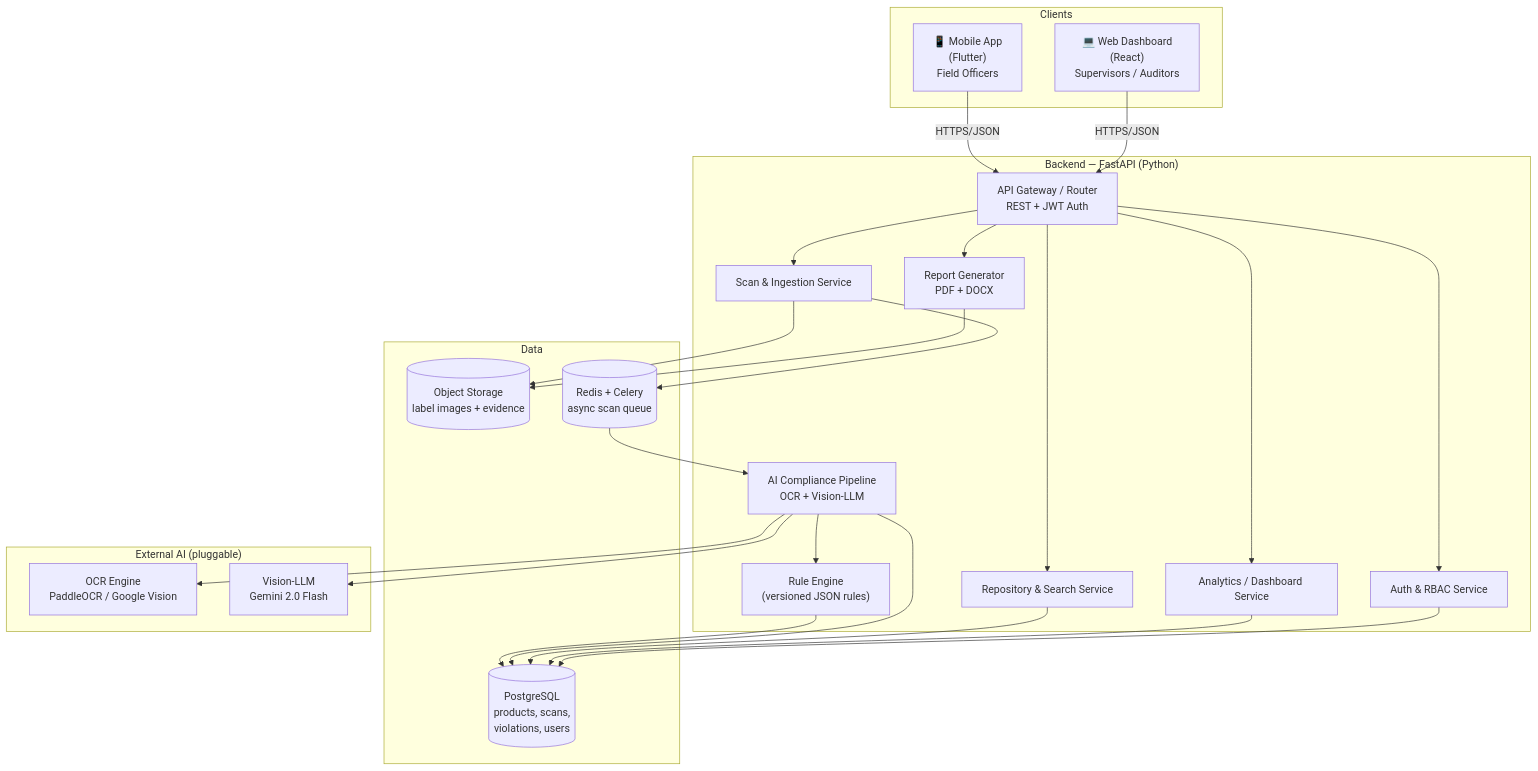
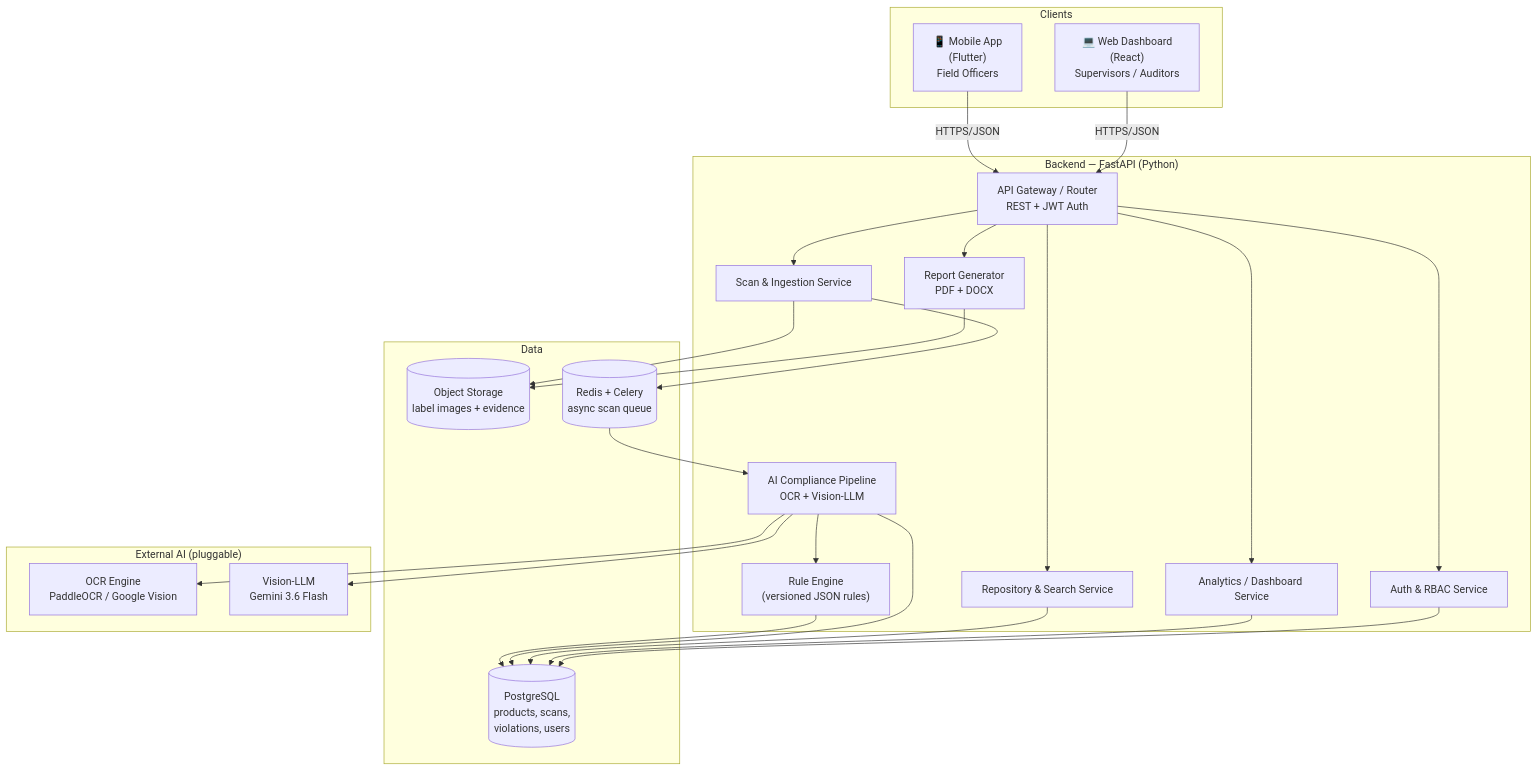
One commit to Amber088/SIH-Label-Jaano changed the second of 6 diagrams in LabelJaano/ARCHITECTURE.md. Above: the diagram before and after it, drawn with Mermaid. The commit also changed other lines of this file and 19 other files, not shown here.

````diff
--- a/LabelJaano/ARCHITECTURE.md
+++ b/LabelJaano/ARCHITECTURE.md
@@ -87,49 +87,49 @@
 ```mermaid
 flowchart TB
     subgraph Clients
         MA["📱 Mobile App<br/>(Flutter)<br/>Field Officers"]
         WD["💻 Web Dashboard<br/>(React)<br/>Supervisors / Auditors"]
     end
 
     subgraph Backend["Backend — FastAPI (Python)"]
         API["API Gateway / Router<br/>REST + JWT Auth"]
         AUTH["Auth & RBAC Service"]
         SCAN["Scan & Ingestion Service"]
         AI["AI Compliance Pipeline<br/>OCR + Vision-LLM"]
         RULE["Rule Engine<br/>(versioned JSON rules)"]
         REP["Report Generator<br/>PDF + DOCX"]
         REPO["Repository & Search Service"]
         DASH["Analytics / Dashboard Service"]
     end
 
     subgraph Data
         PG[("PostgreSQL<br/>products, scans,<br/>violations, users")]
         OBJ[("Object Storage<br/>label images + evidence")]
         REDIS[("Redis + Celery<br/>async scan queue")]
     end
 
     subgraph External["External AI (pluggable)"]
         OCR["OCR Engine<br/>PaddleOCR / Google Vision"]
-        LLM["Vision-LLM<br/>Gemini 2.0 Flash"]
+        LLM["Vision-LLM<br/>Gemini 3.6 Flash"]
     end
 
     MA -->|HTTPS/JSON| API
     WD -->|HTTPS/JSON| API
     API --> AUTH
     API --> SCAN
     API --> REPO
     API --> DASH
     API --> REP
     SCAN --> REDIS
     REDIS --> AI
     AI --> OCR
     AI --> LLM
     AI --> RULE
     RULE --> PG
     SCAN --> OBJ
     AI --> PG
     REP --> OBJ
     REPO --> PG
     DASH --> PG
     AUTH --> PG
 ```
````
